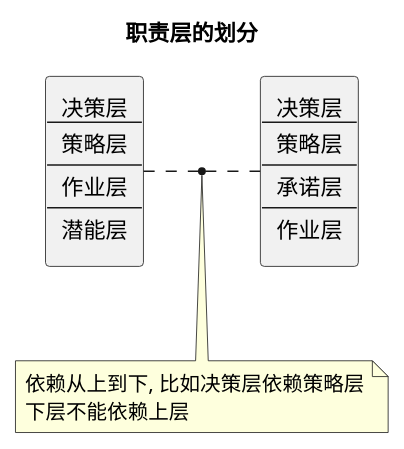
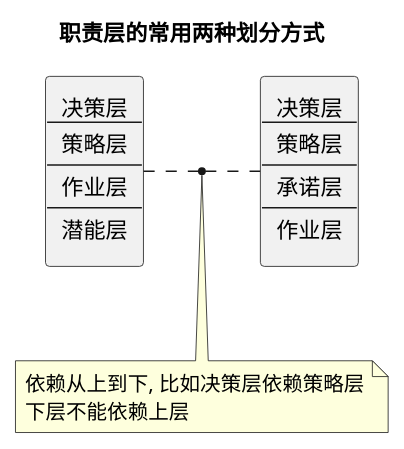
One commit to lindezhong/my-vim-config changed diagram 18 of 19 in UltiSnips/ddd.md. Above: the diagram before and after it, drawn with PlantUML.

Commit message:
修改注释

````diff
--- a/UltiSnips/ddd.md
+++ b/UltiSnips/ddd.md
@@ -1390,36 +1390,36 @@
 ```plantuml
 @startuml
 allowmixing
-title 职责层的划分
+title 职责层的常用两种划分方式
 
 rectangle 指责层1 [
     决策层
     ----
     策略层
     ----
     作业层
     ----
     潜能层
 ]
 
 
 rectangle 指责层2 [
     决策层
     ----
     策略层
     ----
     承诺层
     ----
     作业层
 ]
 
 note as note
 依赖从上到下, 比如决策层依赖策略层
 下层不能依赖上层
 end note
 指责层1 .left[hidden]. 指责层2
 
 (指责层1,指责层2) .. note
 
 @enduml
 ```
````
